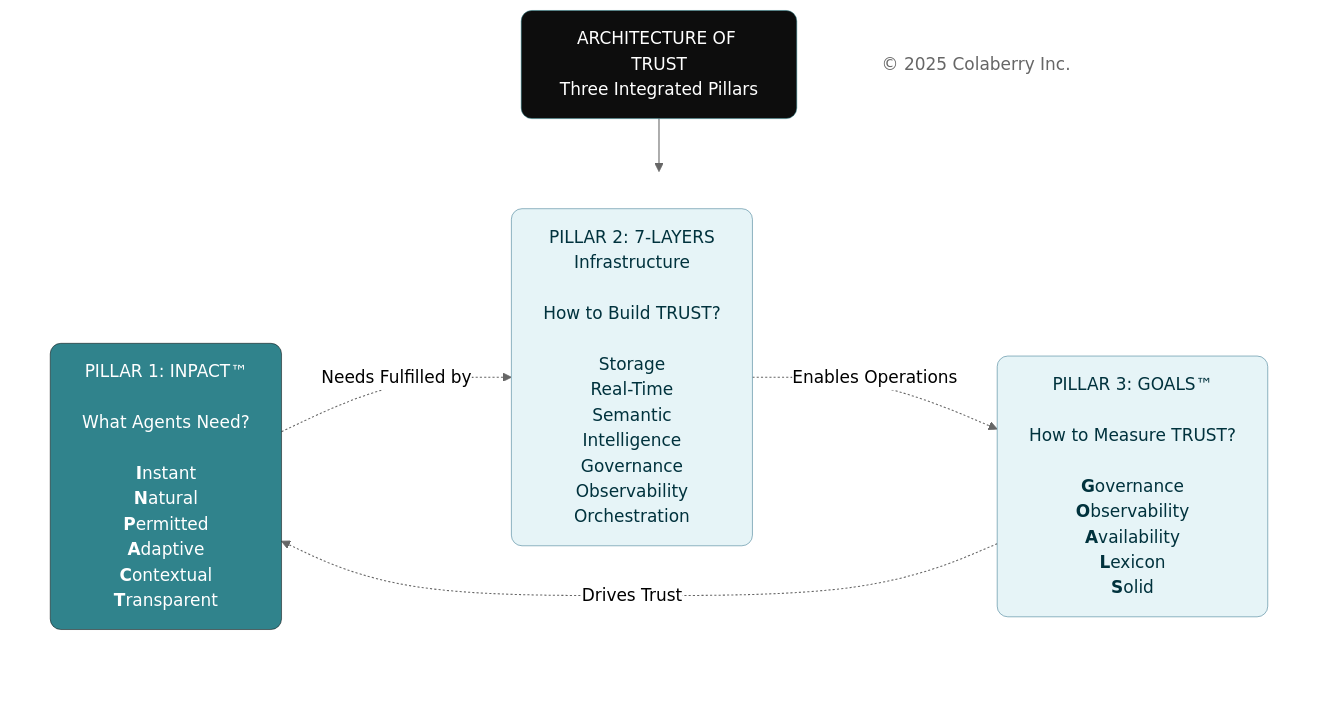
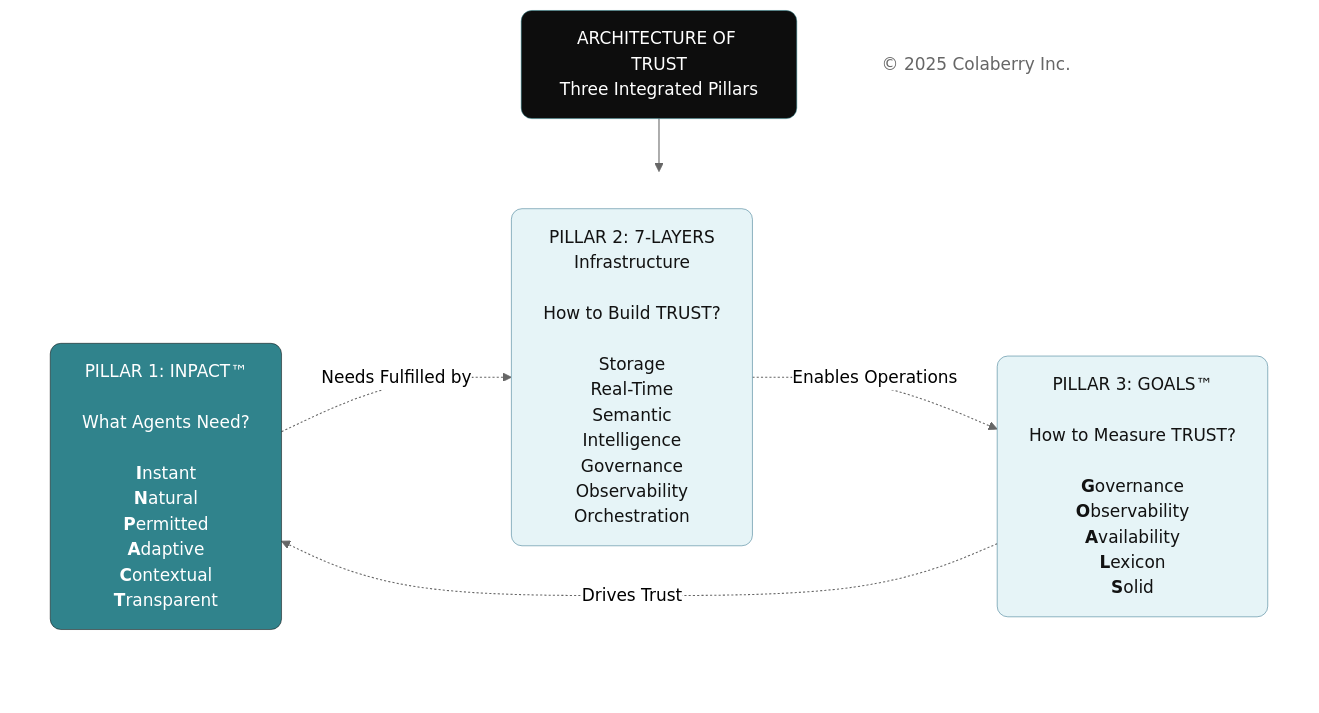
The second of 12 diagrams in manuscript/03_chapter_2_inpact_framework.md (saitejesh-cyber/trust-before-intelligence-book), drawn with Mermaid (neutral theme) before and after one commit. The commit also changed other lines of this file and 12 other files, not shown here.

````diff
--- a/manuscript/03_chapter_2_inpact_framework.md
+++ b/manuscript/03_chapter_2_inpact_framework.md
@@ -55,33 +55,33 @@
 ```mermaid
 
 
 graph TB
     Title["ARCHITECTURE OF TRUST<br/>Three Integrated Pillars"]
     
     subgraph PILLARS[" "]
         direction LR
         INPACT["PILLAR 1: INPACT™<br/><br/>What Agents Need?<br/><br/><b>I</b>nstant<br/><b>N</b>atural<br/><b>P</b>ermitted<br/><b>A</b>daptive<br/><b>C</b>ontextual<br/><b>T</b>ransparent"]
         
         Layers["PILLAR 2: 7-LAYERS<br/>Infrastructure<br/><br/>How to Build TRUST?<br/><br/>Storage<br/>Real-Time<br/>Semantic<br/>Intelligence<br/>Governance<br/>Observability<br/>Orchestration"]
         
         GOALS["PILLAR 3: GOALS™<br/><br/>How to Measure TRUST?<br/><br/><b>G</b>overnance<br/><b>O</b>bservability<br/><b>A</b>vailability<br/><b>L</b>exicon<br/><b>S</b>olid"]
     end
     
     Copyright["© 2025 Colaberry Inc."]
     
     Title --> PILLARS
     
     INPACT -.->|"Needs Fulfilled by"| Layers
     Layers -.->|"Enables Operations"| GOALS
     GOALS -.->|"Drives Trust"| INPACT
     
     style Title fill:#0D0D0D,color:#ffffff,stroke:#30838C,stroke-width:0.5px,rx:10,ry:10
     style PILLARS fill:none,stroke:none
     style INPACT fill:#30838C,color:#ffffff,stroke:#0D0D0D,stroke-width:0.5px,rx:10,ry:10
-    style Layers fill:#E6F4F7,stroke:#32738C,stroke-width:0.5px,color:#00323D,rx:10,ry:10
-    style GOALS fill:#E6F4F7,stroke:#32738C,stroke-width:0.5px,color:#00323D,rx:10,ry:10
+    style Layers fill:#E6F4F7,stroke:#32738C,stroke-width:0.5px,color:#121212,rx:10,ry:10
+    style GOALS fill:#E6F4F7,stroke:#32738C,stroke-width:0.5px,color:#121212,rx:10,ry:10
     style Copyright fill:none,stroke:none,color:#666666,rx:10,ry:10
 
 
 
 ```
````
